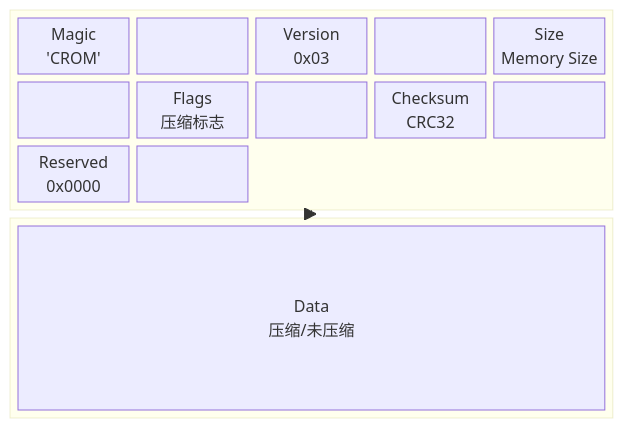
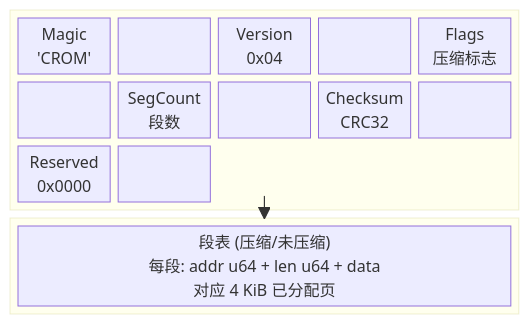
The eighth of 15 diagrams in README.md (ByUsiStudio/Code-CIN), drawn with Mermaid before and after one commit. The commit also changed other lines of this file and 4 other files, not shown here.

````diff
--- a/README.md
+++ b/README.md
@@ -308,21 +298,21 @@
 ```mermaid
 block-beta
     columns 5
-    
+
     block:header:5
         columns 5
         Magic["Magic<br/>'CROM'"] space1[" "]
-        Version["Version<br/>0x03"] space2[" "]
-        Size["Size<br/>Memory Size"] space3[" "]
-        Flags["Flags<br/>压缩标志"] space4[" "]
+        Version["Version<br/>0x04"] space2[" "]
+        Flags["Flags<br/>压缩标志"] space3[" "]
+        SegCount["SegCount<br/>段数"] space4[" "]
         Checksum["Checksum<br/>CRC32"] space5[" "]
         Reserved["Reserved<br/>0x0000"] space6[" "]
     end
-    
-    block:data:5
+
+    block:segments:5
         columns 5
-        Data["Data<br/>压缩/未压缩"]
+        Seg["段表 (压缩/未压缩)<br/>每段: addr u64 + len u64 + data<br/>对应 4 KiB 已分配页"]
     end
-    
-    header --> data
+
+    header --> segments
 ```
````
